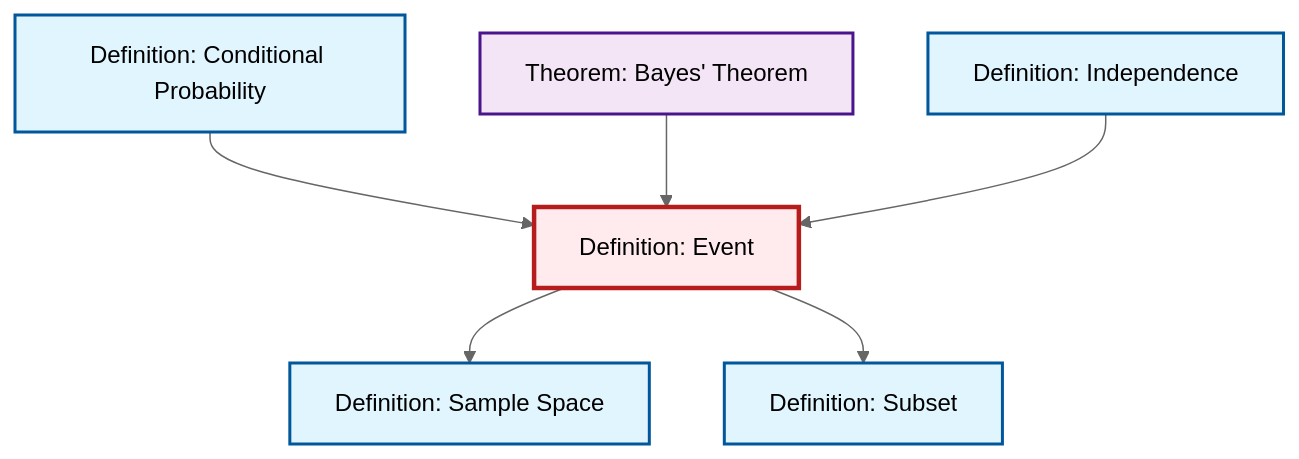
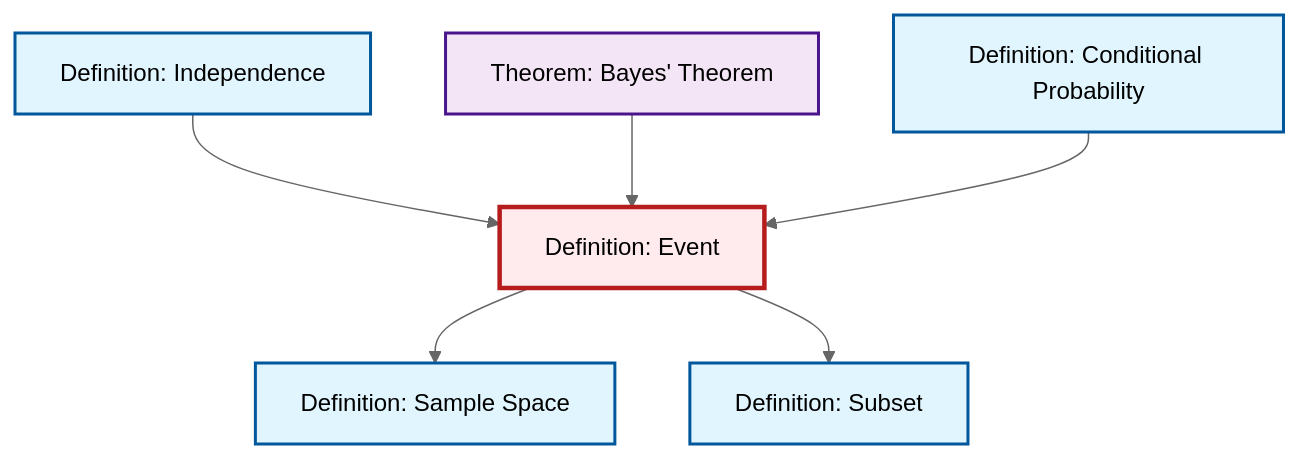
Before and after one commit to RK0429/ModernMath: the diagram in content/en/probability-statistics/def-event.qmd, drawn with Mermaid (neutral theme). The commit also changed other lines of this file and 672 other files, not shown here.

````diff
--- a/content/en/probability-statistics/def-event.qmd
+++ b/content/en/probability-statistics/def-event.qmd
@@ -69,26 +69,26 @@
 ```{mermaid}
 %%| fig-cap: "Local dependency graph"
 graph TD
     classDef definition fill:#e1f5fe,stroke:#01579b,stroke-width:2px
     classDef theorem fill:#f3e5f5,stroke:#4a148c,stroke-width:2px
     classDef axiom fill:#fff3e0,stroke:#e65100,stroke-width:2px
     classDef example fill:#e8f5e9,stroke:#1b5e20,stroke-width:2px
     classDef current fill:#ffebee,stroke:#b71c1c,stroke-width:3px
-    def-conditional-probability["Definition: Conditional Probability"]:::definition
-    def-subset["Definition: Subset"]:::definition
     thm-bayes["Theorem: Bayes' Theorem"]:::theorem
-    def-event["Definition: Event"]:::definition
     def-independence["Definition: Independence"]:::definition
     def-sample-space["Definition: Sample Space"]:::definition
+    def-event["Definition: Event"]:::definition
+    def-subset["Definition: Subset"]:::definition
+    def-conditional-probability["Definition: Conditional Probability"]:::definition
+    def-independence --> def-event
+    thm-bayes --> def-event
     def-event --> def-sample-space
     def-conditional-probability --> def-event
-    thm-bayes --> def-event
     def-event --> def-subset
-    def-independence --> def-event
     class def-event current
-    click def-conditional-probability "def-conditional-probability.html" "Go to Conditional Probability definition"
-    click def-subset "def-subset.html" "Go to Subset definition"
     click thm-bayes "thm-bayes.html" "Go to Bayes' Theorem theorem"
     click def-independence "def-independence.html" "Go to Independence definition"
     click def-sample-space "def-sample-space.html" "Go to Sample Space definition"
+    click def-subset "def-subset.html" "Go to Subset definition"
+    click def-conditional-probability "def-conditional-probability.html" "Go to Conditional Probability definition"
 ```
````
